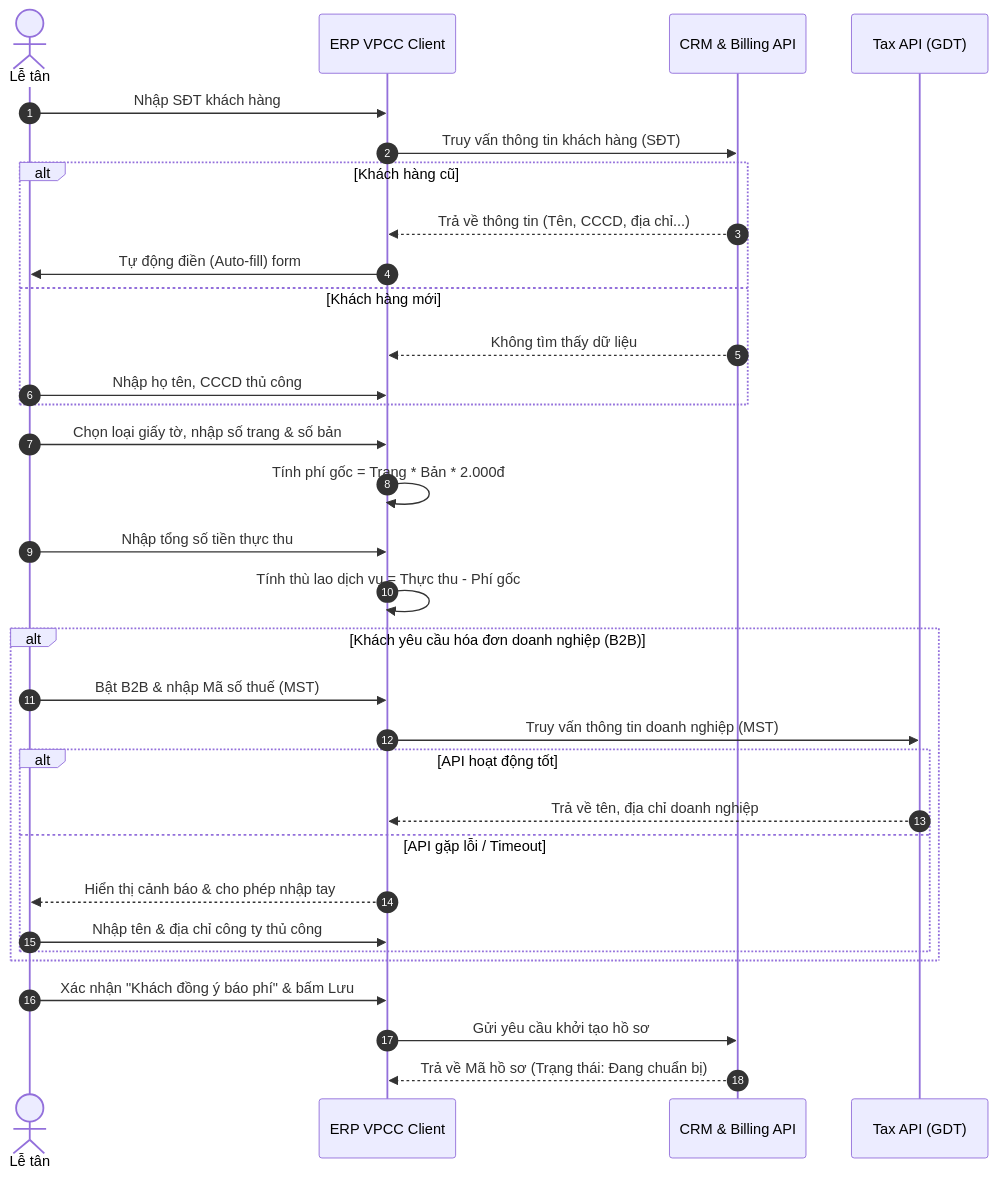
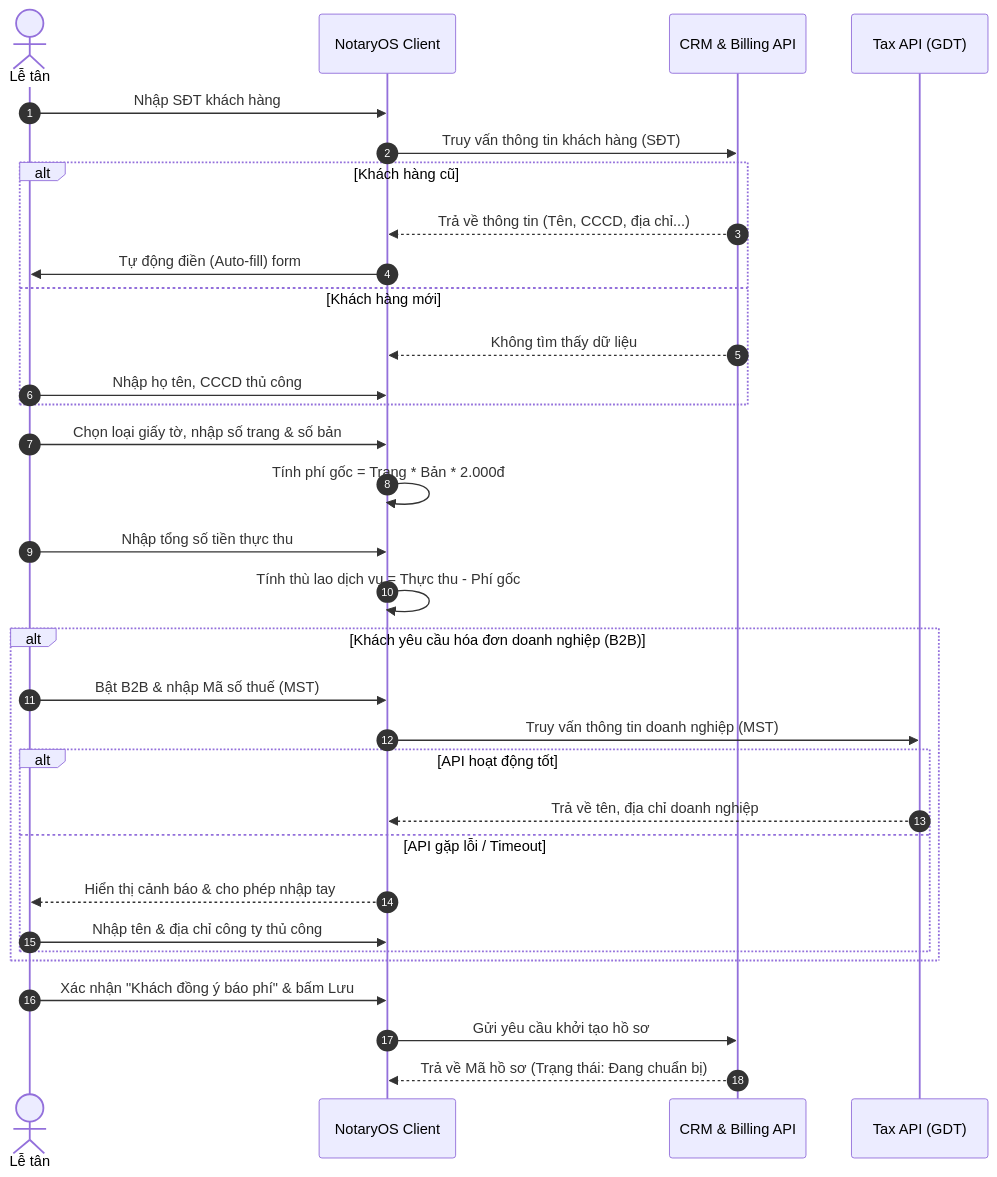
The second of 5 diagrams in docs/SRS_SaoY_IEEE.md (MinhHoang22/SRS_VPCC), drawn with Mermaid before and after one commit. The commit also changed other lines of this file, not shown here.

Commit message:
Merge detailed use case specs, checklists, and sequence diagrams into SRS_SaoY_IEEE.md

````diff
--- a/docs/SRS_SaoY_IEEE.md
+++ b/docs/SRS_SaoY_IEEE.md
@@ -160,38 +233,38 @@
 ```mermaid
 sequenceDiagram
     autonumber
     actor Staff as Lễ tân
-    participant App as ERP VPCC Client
+    participant App as NotaryOS Client
     participant API as CRM & Billing API
     participant Tax as Tax API (GDT)
 
     Staff->>App: Nhập SĐT khách hàng
     App->>API: Truy vấn thông tin khách hàng (SĐT)
     alt Khách hàng cũ
         API-->>App: Trả về thông tin (Tên, CCCD, địa chỉ...)
         App->>Staff: Tự động điền (Auto-fill) form
     else Khách hàng mới
         API-->>App: Không tìm thấy dữ liệu
         Staff->>App: Nhập họ tên, CCCD thủ công
     end
 
     Staff->>App: Chọn loại giấy tờ, nhập số trang & số bản
     App->>App: Tính phí gốc = Trang * Bản * 2.000đ
     Staff->>App: Nhập tổng số tiền thực thu
     App->>App: Tính thù lao dịch vụ = Thực thu - Phí gốc
 
     alt Khách yêu cầu hóa đơn doanh nghiệp (B2B)
         Staff->>App: Bật B2B & nhập Mã số thuế (MST)
         App->>Tax: Truy vấn thông tin doanh nghiệp (MST)
         alt API hoạt động tốt
             Tax-->>App: Trả về tên, địa chỉ doanh nghiệp
         else API gặp lỗi / Timeout
             App-->>Staff: Hiển thị cảnh báo & cho phép nhập tay
             Staff->>App: Nhập tên & địa chỉ công ty thủ công
         end
     end
 
     Staff->>App: Xác nhận "Khách đồng ý báo phí" & bấm Lưu
     App->>API: Gửi yêu cầu khởi tạo hồ sơ
     API-->>App: Trả về Mã hồ sơ (Trạng thái: Đang chuẩn bị)
 ```
````
